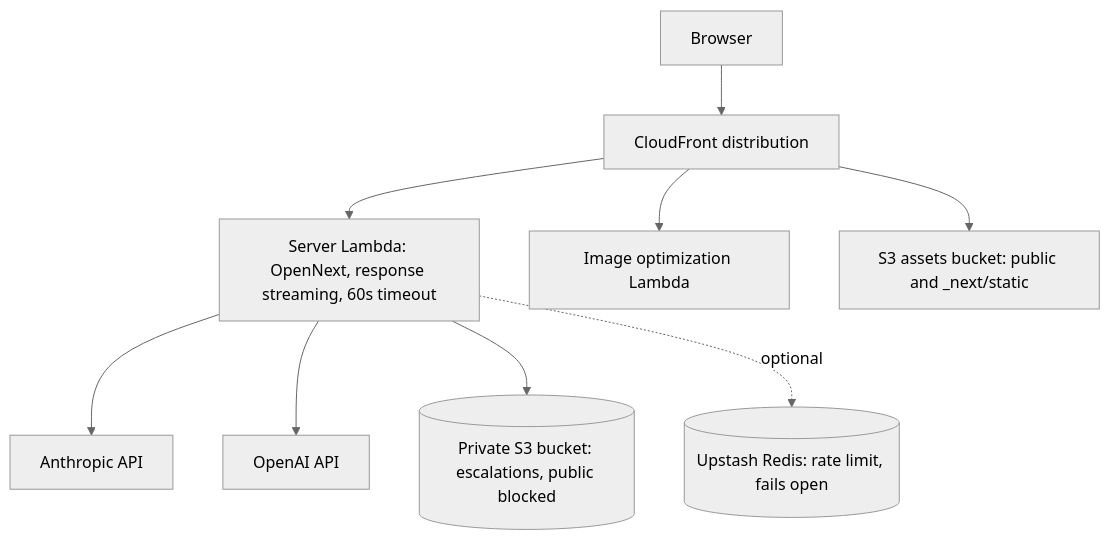
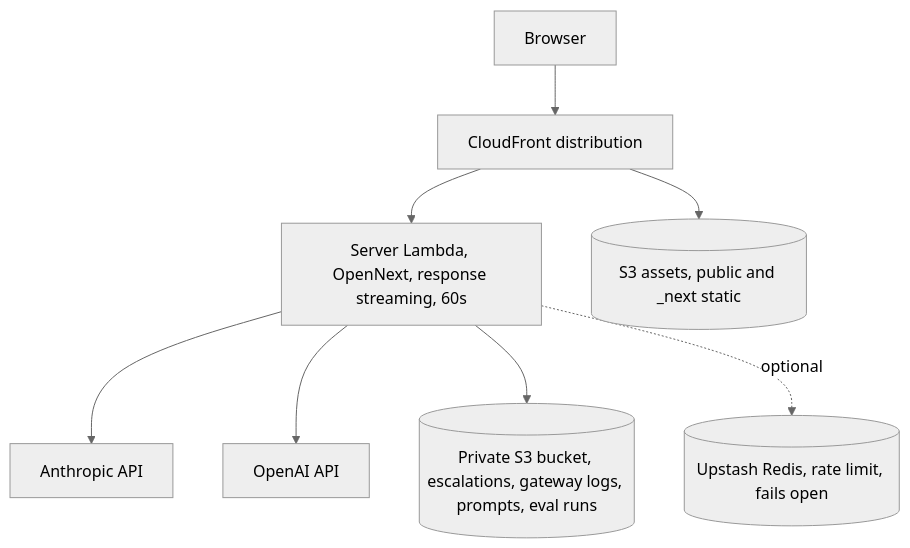
One commit to elleskay/ai-tax-assistant-platform changed the second of 2 diagrams in README.md. Above: the diagram before and after it, drawn with Mermaid (neutral theme). The commit also changed other lines of this file, not shown here.

````diff
--- a/README.md
+++ b/README.md
@@ -306,12 +115,10 @@
 ```mermaid
 flowchart TD
   U[Browser] --> CF[CloudFront distribution]
-  CF --> SRV["Server Lambda: OpenNext, response streaming, 60s timeout"]
-  CF --> IMG[Image optimization Lambda]
-  CF --> S3A["S3 assets bucket: public and _next/static"]
-
+  CF --> SRV[Server Lambda, OpenNext, response streaming, 60s]
+  CF --> S3A[(S3 assets, public and _next static)]
   SRV --> ANTH[Anthropic API]
   SRV --> OAI[OpenAI API]
-  SRV --> HITL[("Private S3 bucket: escalations, public blocked")]
-  SRV -. optional .-> UP[("Upstash Redis: rate limit, fails open")]
+  SRV --> HITL[(Private S3 bucket, escalations, gateway logs, prompts, eval runs)]
+  SRV -.optional.-> UP[(Upstash Redis, rate limit, fails open)]
 ```
````
